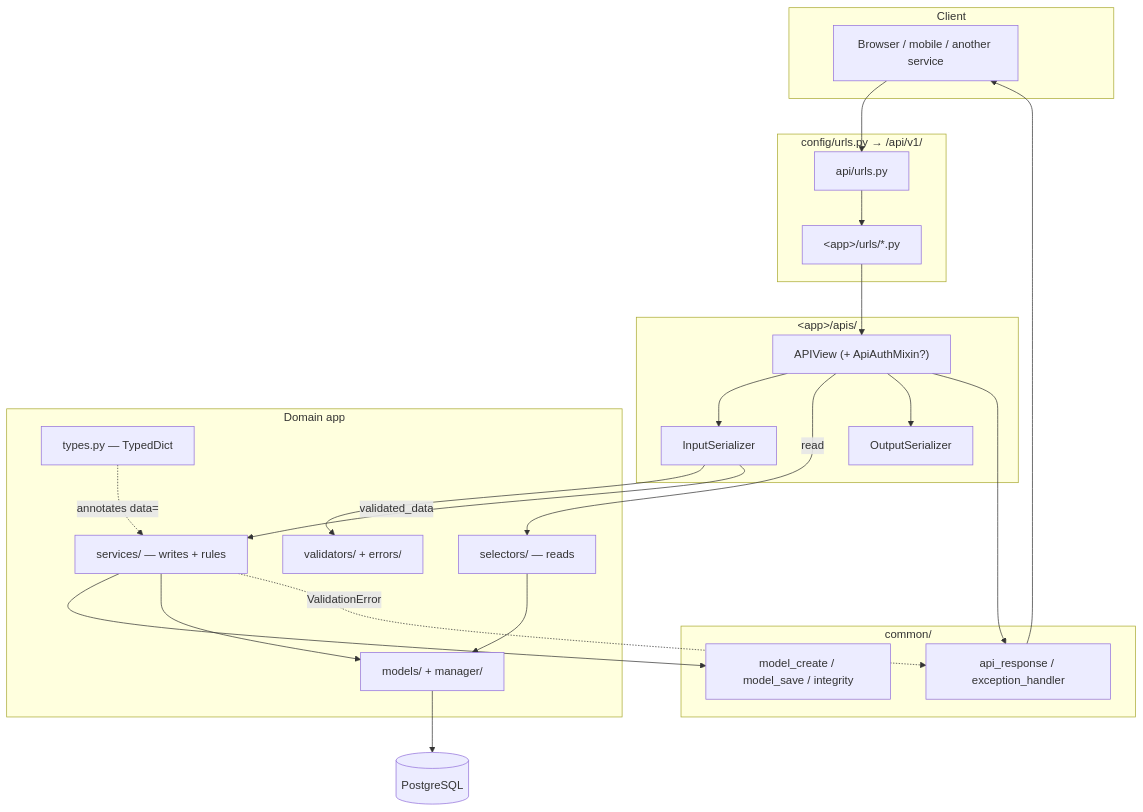
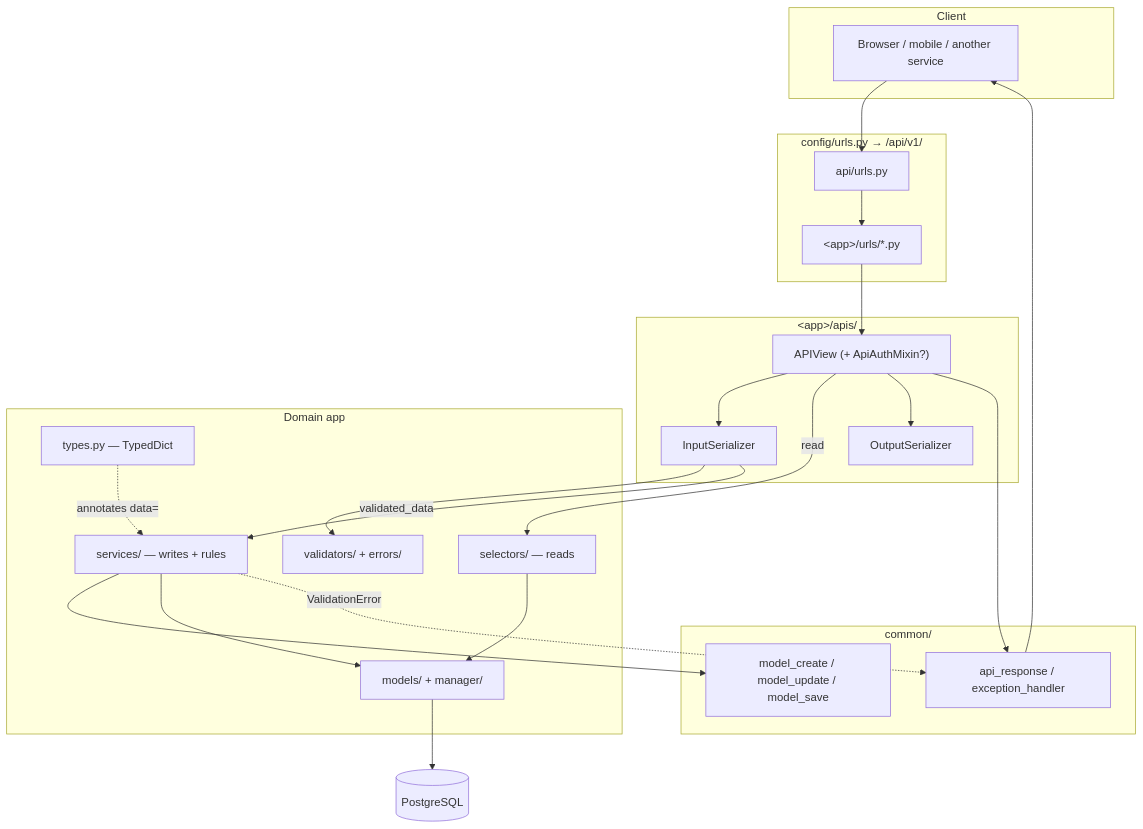
One commit to alidanial7/django-style-guide changed the first of 3 diagrams in {{cookiecutter.project_name}}/docs/style-guide/overview/architecture.md. Above: the diagram before and after it, drawn with Mermaid. The commit also changed other lines of this file and 7 other files, not shown here.

````diff
--- a/{{cookiecutter.project_name}}/docs/style-guide/overview/architecture.md
+++ b/{{cookiecutter.project_name}}/docs/style-guide/overview/architecture.md
@@ -29,47 +29,47 @@
 ```mermaid
 flowchart TB
     subgraph Client
         C[Browser / mobile / another service]
     end
 
     subgraph HTTP["config/urls.py → /api/v1/"]
         U[api/urls.py]
         APP_U["&lt;app&gt;/urls/*.py"]
     end
 
     subgraph API["&lt;app&gt;/apis/"]
         V["APIView (+ ApiAuthMixin?)"]
         IN[InputSerializer]
         OUT[OutputSerializer]
     end
 
     subgraph Domain["Domain app"]
         SEL[selectors/ — reads]
         TYP[types.py — TypedDict]
         SVC[services/ — writes + rules]
         VAL[validators/ + errors/]
         MOD[models/ + manager/]
     end
 
     subgraph Platform["common/"]
         ENV[api_response / exception_handler]
-        HELP[model_create / model_save / integrity]
+        HELP[model_create / model_update / model_save]
     end
 
     DB[(PostgreSQL)]
 
     C --> U --> APP_U --> V
     V --> IN
     IN --> VAL
     V -->|read| SEL
     IN -->|validated_data| SVC
     TYP -.->|annotates data=| SVC
     SEL --> MOD
     SVC --> HELP
     SVC --> MOD
     MOD --> DB
     V --> OUT
     V --> ENV
     SVC -.->|ValidationError| ENV
     ENV --> C
 ```
````
